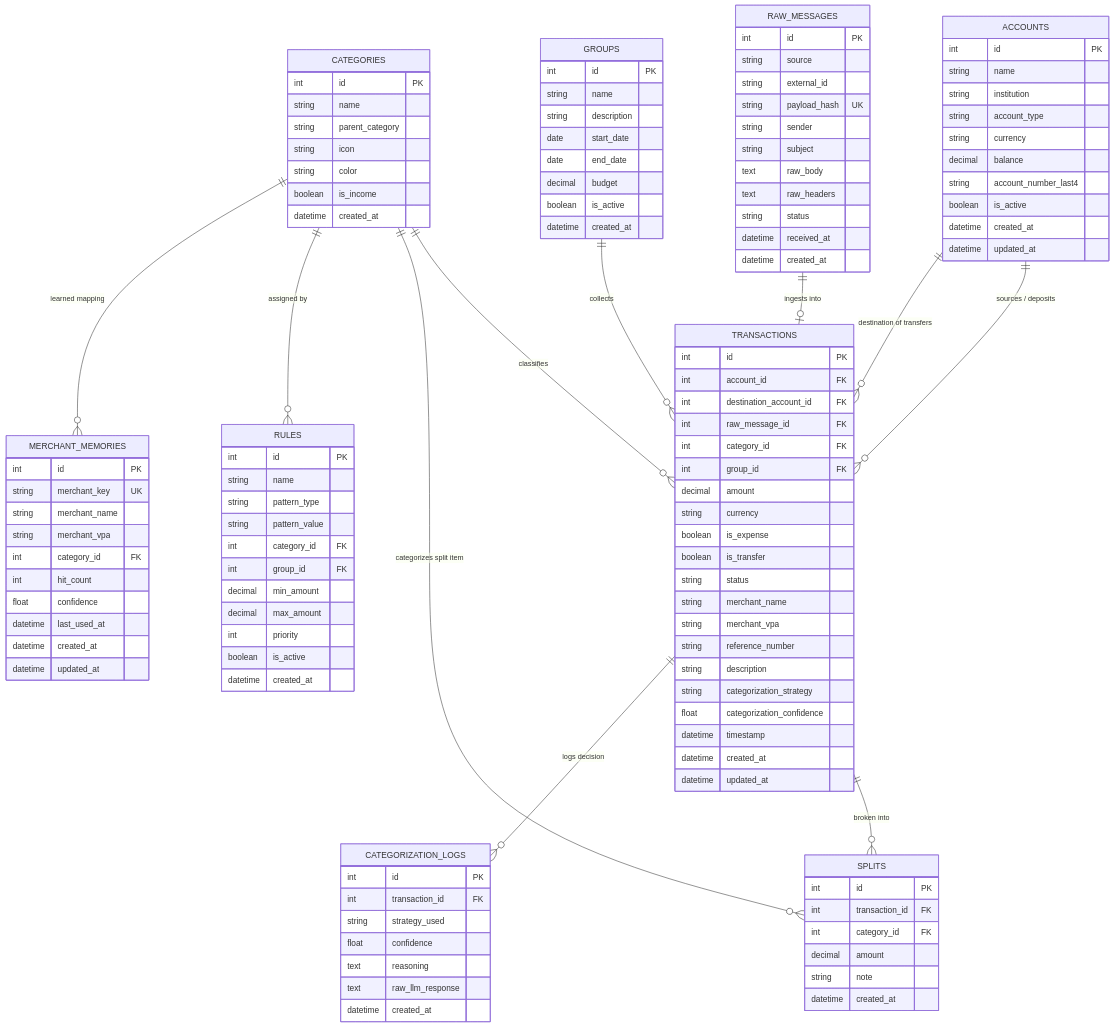
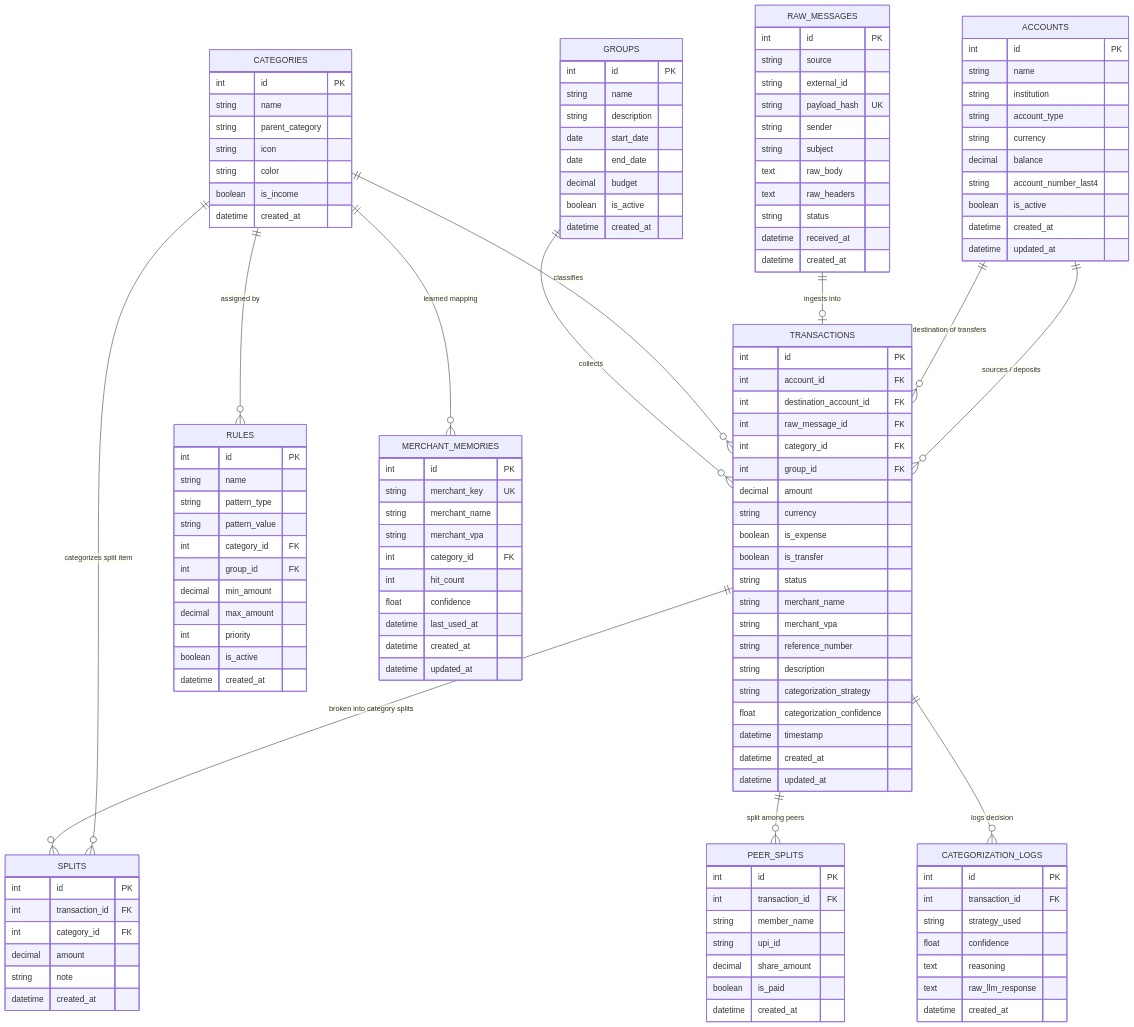
Before and after one commit to akkolluru/Expense-Tracker: the diagram in docs/DATA_MODEL.md, drawn with Mermaid. The commit also changed other lines of this file and 9 other files, not shown here.

Commit message:
docs(domain): record ADRs 0005-0007, update CONTEXT.md and align PRD/Architecture with PaisaIQ PWA

```diff
--- a/docs/DATA_MODEL.md
+++ b/docs/DATA_MODEL.md
@@ -15,7 +15,8 @@
     CATEGORIES ||--o{ RULES : "assigned by"
     CATEGORIES ||--o{ MERCHANT_MEMORIES : "learned mapping"
     GROUPS ||--o{ TRANSACTIONS : "collects"
-    TRANSACTIONS ||--o{ SPLITS : "broken into"
+    TRANSACTIONS ||--o{ SPLITS : "broken into category splits"
+    TRANSACTIONS ||--o{ PEER_SPLITS : "split among peers"
     TRANSACTIONS ||--o{ CATEGORIZATION_LOGS : "logs decision"
 
     ACCOUNTS {
@@ -98,6 +99,16 @@
         datetime created_at
     }
 
+    PEER_SPLITS {
+        int id PK
+        int transaction_id FK
+        string member_name
+        string upi_id
+        decimal share_amount
+        boolean is_paid
+        datetime created_at
+    }
+
     RULES {
         int id PK
         string name
```
